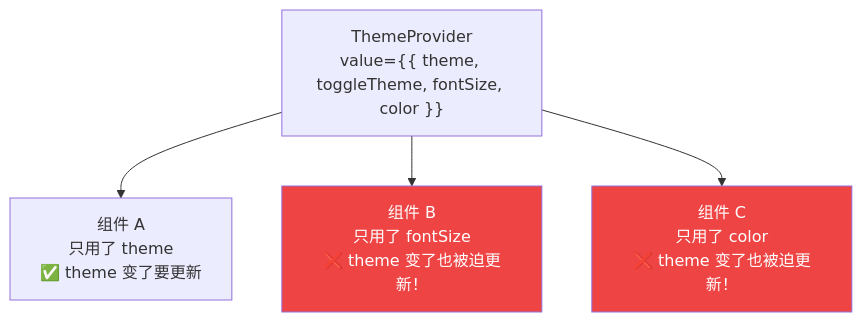
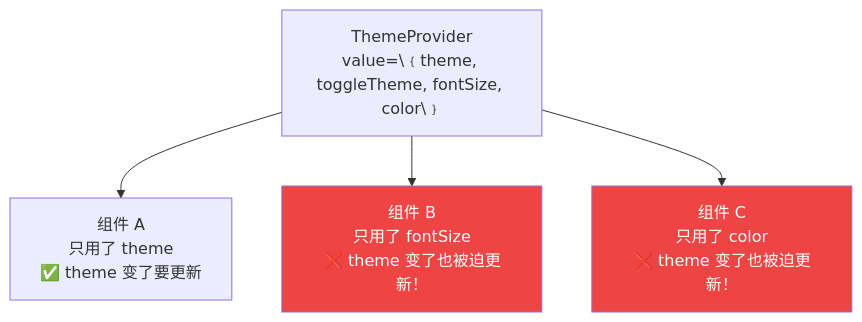
Before and after one commit to boltguo/react_learn: the fourth of 6 diagrams in docs/Lesson_09.md, drawn with Mermaid. The commit also changed other lines of this file and 36 other files, not shown here.

````diff
--- a/docs/Lesson_09.md
+++ b/docs/Lesson_09.md
@@ -135,11 +136,11 @@
 ```mermaid
 flowchart TB
-    Provider["ThemeProvider\nvalue={{ theme, toggleTheme, fontSize, color }}"]
+    Provider["ThemeProvider<br/>value=\﹛theme, toggleTheme, fontSize, color\﹜"]
     
-    Provider --> A["组件 A\n只用了 theme\n✅ theme 变了要更新"]
-    Provider --> B["组件 B\n只用了 fontSize\n❌ theme 变了也被迫更新！"]
-    Provider --> C["组件 C\n只用了 color\n❌ theme 变了也被迫更新！"]
+    Provider --> A["组件 A<br/>只用了 theme<br/>✅ theme 变了要更新"]
+    Provider --> B["组件 B<br/>只用了 fontSize<br/>❌ theme 变了也被迫更新！"]
+    Provider --> C["组件 C<br/>只用了 color<br/>❌ theme 变了也被迫更新！"]
     
     style B fill:#ef4444,color:#fff
     style C fill:#ef4444,color:#fff
 ```
````
